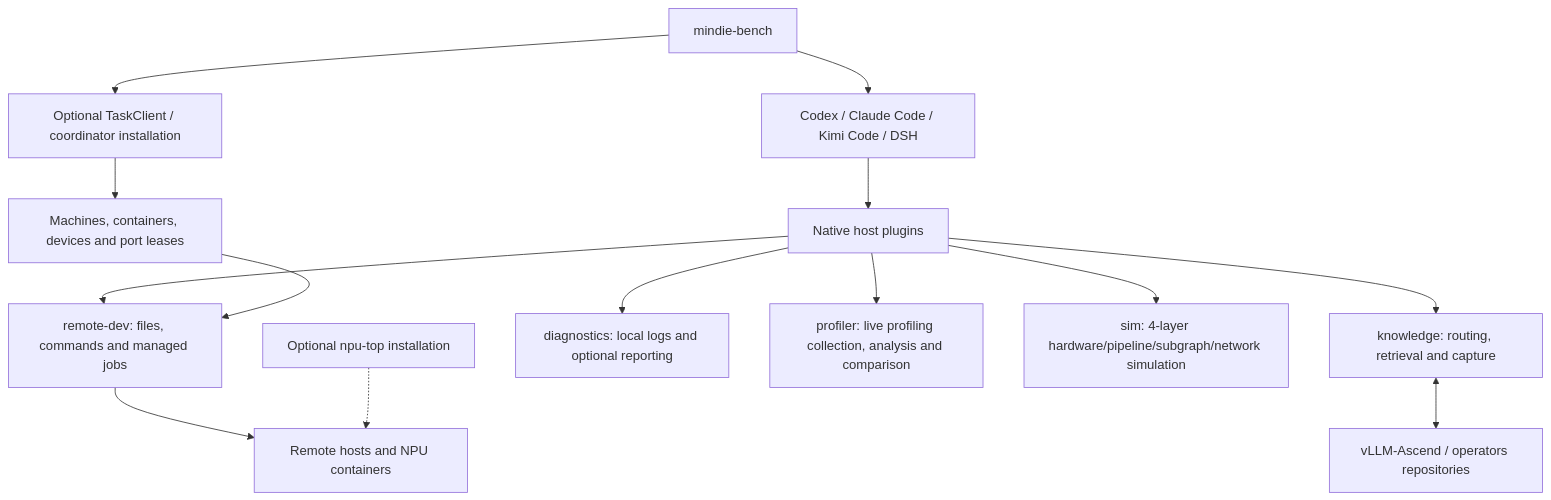
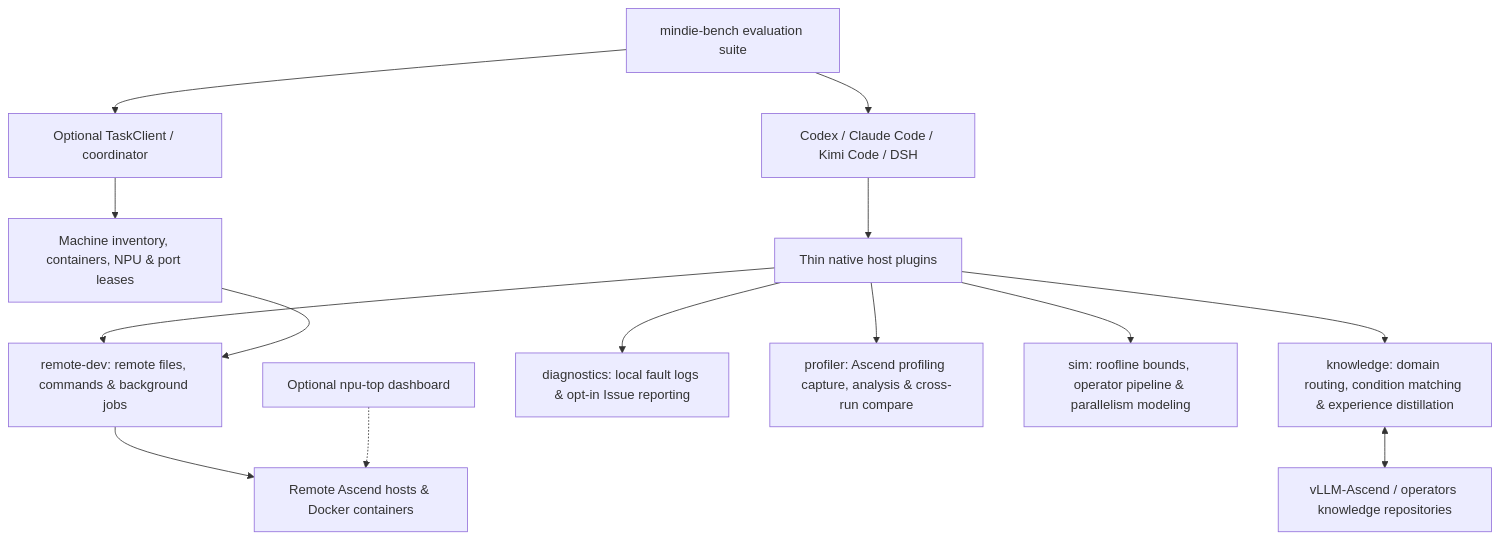
The diagram in docs/architecture.en.md (grandolantow/mindie-agent), drawn with Mermaid before and after one commit. The commit also changed other lines of this file and 17 other files, not shown here.

Commit message:
docs(rsi): integrate AMD-AGI/GEAK and Apple ml-rsi-inference-bench RSI safeguards and architecture alignment

````diff
--- a/docs/architecture.en.md
+++ b/docs/architecture.en.md
@@ -11,16 +11,16 @@
 ```mermaid
 flowchart TB
-    H["Codex / Claude Code / Kimi Code / DSH"] --> P["Native host plugins"]
-    P --> K["knowledge: routing, retrieval and capture"]
-    P --> R["remote-dev: files, commands and managed jobs"]
-    P --> D["diagnostics: local logs and optional reporting"]
-    P --> PR["profiler: live profiling collection, analysis and comparison"]
-    P --> S["sim: 4-layer hardware/pipeline/subgraph/network simulation"]
-    K <--> F["vLLM-Ascend / operators repositories"]
-    T["Optional TaskClient / coordinator installation"] --> Q["Machines, containers, devices and port leases"]
+    H["Codex / Claude Code / Kimi Code / DSH"] --> P["Thin native host plugins"]
+    P --> K["knowledge: domain routing, condition matching & experience distillation"]
+    P --> R["remote-dev: remote files, commands & background jobs"]
+    P --> D["diagnostics: local fault logs & opt-in Issue reporting"]
+    P --> PR["profiler: Ascend profiling capture, analysis & cross-run compare"]
+    P --> S["sim: roofline bounds, operator pipeline & parallelism modeling"]
+    K <--> F["vLLM-Ascend / operators knowledge repositories"]
+    T["Optional TaskClient / coordinator"] --> Q["Machine inventory, containers, NPU & port leases"]
     Q --> R
-    R --> N["Remote hosts and NPU containers"]
-    M["Optional npu-top installation"] -.-> N
-    B["mindie-bench"] --> T
+    R --> N["Remote Ascend hosts & Docker containers"]
+    M["Optional npu-top dashboard"] -.-> N
+    B["mindie-bench evaluation suite"] --> T
     B --> H
 ```
````
